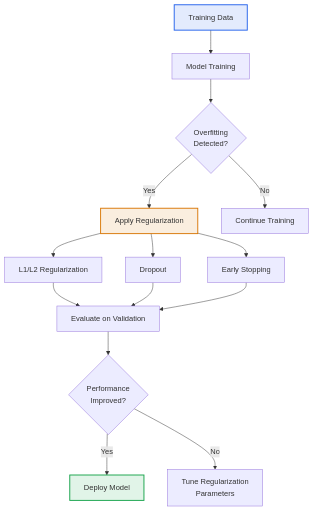
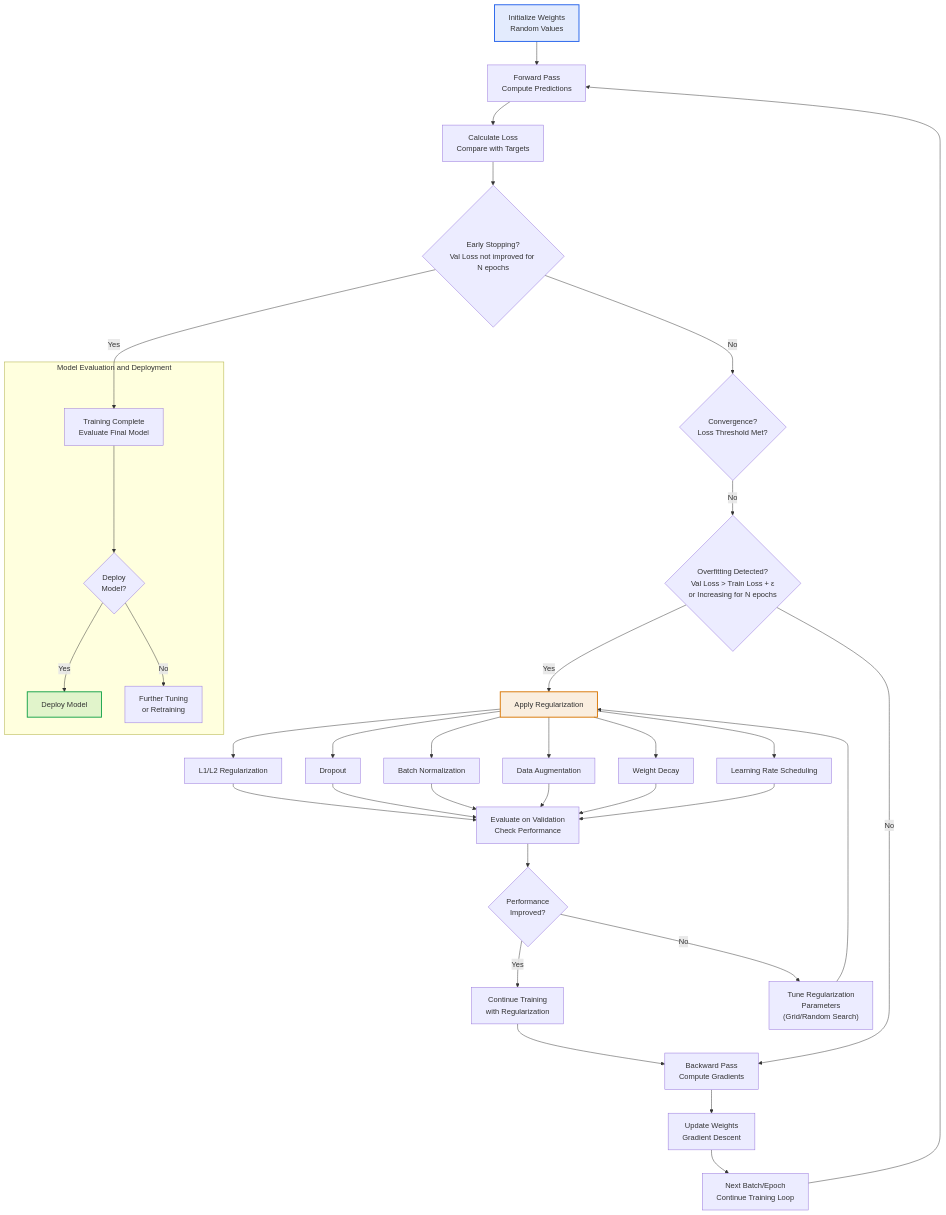
One commit to MadeInShineA/hei-course-summaries changed the third of 4 diagrams in 301.1-ml/summaries/neural_networks.md. Above: the diagram before and after it, drawn with Mermaid. The commit also changed other lines of this file and 1 other file, not shown here.

Commit message:
Cleaned nn and cnn notebooks

````diff
--- a/301.1-ml/summaries/neural_networks.md
+++ b/301.1-ml/summaries/neural_networks.md
@@ -394,20 +395,47 @@
 ```mermaid
 graph TD
-    A[Training Data] --> B[Model Training]
-    B --> C{Overfitting<br/>Detected?}
-    C -->|Yes| D[Apply Regularization]
-    C -->|No| E[Continue Training]
-    D --> F[L1/L2 Regularization]
-    D --> G[Dropout]
-    D --> H[Early Stopping]
-    F --> I[Evaluate on Validation]
-    G --> I
-    H --> I
-    I --> J{Performance<br/>Improved?}
-    J -->|Yes| K[Deploy Model]
-    J -->|No| L[Tune Regularization<br/>Parameters]
+    A["Initialize Weights<br>Random Values"] --> B["Forward Pass<br>Compute Predictions"]
+    B --> C["Calculate Loss<br>Compare with Targets"]
+    C --> ES{Early Stopping?<br/>Val Loss not improved for N epochs}
+    ES -->|Yes| M["Training Complete<br>Evaluate Final Model"]
+    ES -->|No| D{"Convergence?<br>Loss Threshold Met?"}
+    D -->|No| E{"Overfitting Detected?<br>Val Loss > Train Loss + ε<br>or Increasing for N epochs"}
+    
+    E -->|Yes| F["Apply Regularization"]
+    F --> FA["L1/L2 Regularization"]
+    F --> FB["Dropout"]
+    F --> FD["Batch Normalization"]
+    F --> FE["Data Augmentation"]
+    F --> FF["Weight Decay"]
+    F --> FG["Learning Rate Scheduling"]
 
+    FA --> H["Evaluate on Validation<br>Check Performance"]
+    FB --> H
+    FD --> H
+    FE --> H
+    FF --> H
+    FG --> H
+    
+    H --> I{"Performance<br>Improved?"}
+    I -->|Yes| J["Continue Training<br>with Regularization"]
+    I -->|No| K["Tune Regularization<br>Parameters<br>(Grid/Random Search)"]
+    K --> F
+    
+    J --> G["Backward Pass<br>Compute Gradients"]
+    E -->|No| G
+    
+    G --> L["Update Weights<br>Gradient Descent"]
+    L --> N["Next Batch/Epoch<br>Continue Training Loop"]
+    N --> B
+
+    subgraph Model Evaluation and Deployment
+    M --> O{"Deploy<br>Model?"}
+    O -->|Yes| P["Deploy Model"]
+    O -->|No| Q["Further Tuning<br>or Retraining"]
+    end
+
+    %% Styling
     style A fill:#2563eb20,stroke:#2563eb,stroke-width:2px
-    style D fill:#d9770620,stroke:#d97706,stroke-width:2px
-    style K fill:#16a34a20,stroke:#16a34a,stroke-width:2px
+    style F fill:#d9770620,stroke:#d97706,stroke-width:2px
+    style P fill:#16a34a20,stroke:#16a34a,stroke-width:2px
 ```
````
